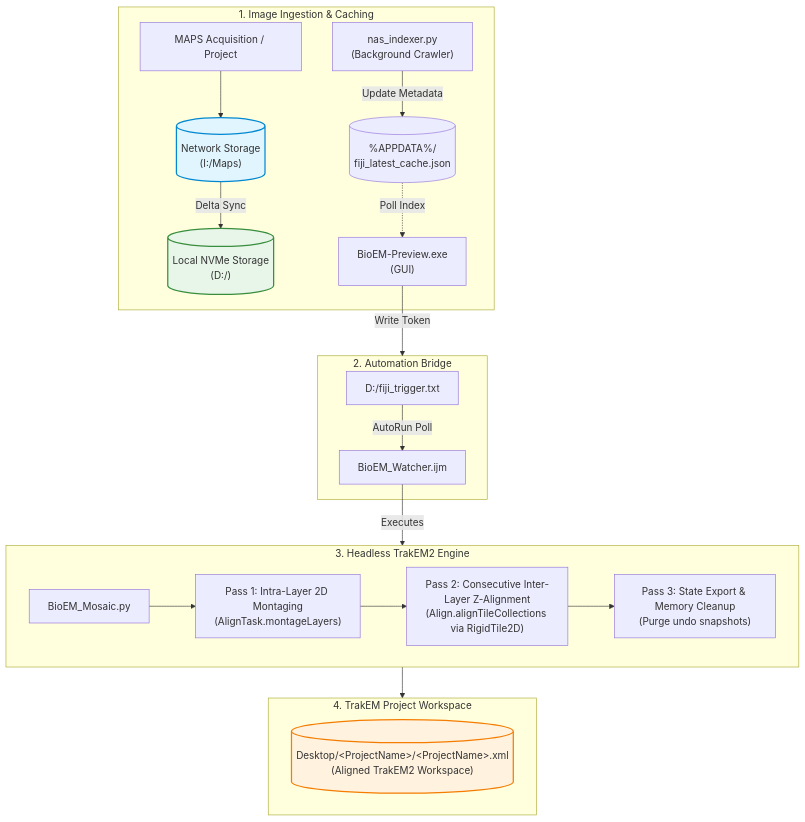
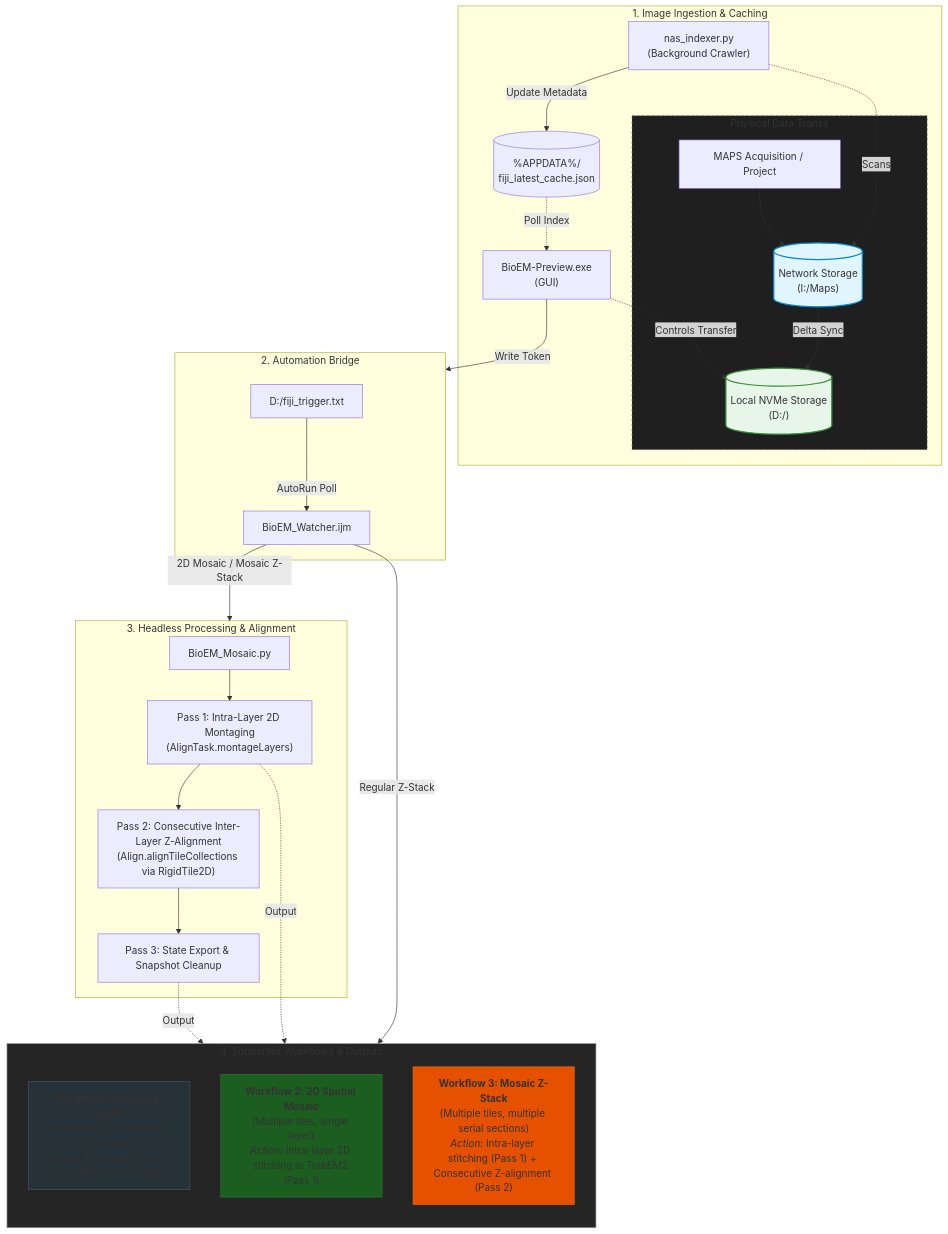
The diagram in README.md (leekslk/BioEM-Preview), drawn with Mermaid before and after one commit.

Commit message:
docs: final draft, correct markdown syntax and formating

````diff
--- a/README.md
+++ b/README.md
@@ -19,32 +19,54 @@
 ```mermaid
 flowchart TD
-    subgraph Storage [" 1. Image Ingestion & Caching "]
-        EM["MAPS Acquisition / Project"] --> NAS[("Network Storage<br/>(I:/Maps)")]
-        NAS -->|"Delta Sync"| SSD[("Local NVMe Storage<br/>(D:/)")]
+    subgraph Stage1 [" 1. Image Ingestion & Caching "]
+        %% Central Execution Spine
         Indexer["nas_indexer.py<br/>(Background Crawler)"] -->|"Update Metadata"| Cache[("%APPDATA%/<br/>fiji_latest_cache.json")]
         Cache -.->|"Poll Index"| UI["BioEM-Preview.exe<br/>(GUI)"]
+
+        %% Isolated Data Plane
+        subgraph DataPlane [" Physical Data Transit "]
+            EM["MAPS Acquisition / Project"] --> NAS[("Network Storage<br/>(I:/Maps)")]
+            NAS -->|"Delta Sync"| SSD[("Local NVMe Storage<br/>(D:/)")]
+        end
+
+        %% Connections between Control and Data planes
+        Indexer -.->|"Scans"| NAS
+        UI -.->|"Controls Transfer"| SSD
     end
 
     subgraph Automation [" 2. Automation Bridge "]
         Trig["D:/fiji_trigger.txt"] -->|"AutoRun Poll"| Watcher["BioEM_Watcher.ijm"]
     end
 
-    subgraph Processing [" 3. Headless TrakEM2 Engine "]
-        Script["BioEM_Mosaic.py"] --> P1["Pass 1: Intra-Layer 2D Montaging<br/>(AlignTask.montageLayers)"]
-        P1 --> P2["Pass 2: Consecutive Inter-Layer Z-Alignment<br/>(Align.alignTileCollections via RigidTile2D)"]
-        P2 --> P3["Pass 3: State Export & Memory Cleanup<br/>(Purge undo snapshots)"]
+    subgraph Processing [" 3. Headless Processing & Alignment "]
+        Script["BioEM_Mosaic.py"]
+        P1["Pass 1: Intra-Layer 2D Montaging<br/>(AlignTask.montageLayers)"]
+        P2["Pass 2: Consecutive Inter-Layer Z-Alignment<br/>(Align.alignTileCollections via RigidTile2D)"]
+        P3["Pass 3: State Export & Snapshot Cleanup"]
+
+        Script --> P1 --> P2 --> P3
     end
 
-    subgraph Output [" 4. TrakEM Project Workspace "]
-        XML[("Desktop/&lt;ProjectName&gt;/&lt;ProjectName&gt;.xml<br/>(Aligned TrakEM2 Workspace)")]
+    subgraph Stage4 [" 4. Supported Workflows & Outputs "]
+        direction TB
+        WF1["<b>Workflow 1: Regular Z-Stack</b><br/>(Single tile, multiple serial sections)<br/><i>Action:</i> Loads into Fiji as an inverted Virtual Stack"]
+        WF2["<b>Workflow 2: 2D Spatial Mosaic</b><br/>(Multiple tiles, single layer)<br/><i>Action:</i> Intra-layer 2D stitching in TrakEM2 (Pass 1)"]
+        WF3["<b>Workflow 3: Mosaic Z-Stack</b><br/>(Multiple tiles, multiple serial sections)<br/><i>Action:</i> Intra-layer stitching (Pass 1) + Consecutive Z-alignment (Pass 2)"]
     end
 
-    %% Inter-stage connections targeting the containers directly
+    %% Pipeline Stage Connections
     UI -->|"Write Token"| Automation
-    Watcher -->|"Executes"| Processing
-    Processing --> Output
+    Watcher -->|"Regular Z-Stack"| WF1
+    Watcher -->|"2D Mosaic / Mosaic Z-Stack"| Processing
+    P1 -.->|"Output"| WF2
+    P3 -.->|"Output"| WF3
 
+    %% Styling
     style NAS fill:#e1f5fe,stroke:#0288d1,stroke-width:2px
     style SSD fill:#e8f5e9,stroke:#388e3c,stroke-width:2px
-    style XML fill:#fff3e0,stroke:#f57c00,stroke-width:2px
+    style DataPlane fill:#1f1f1f,stroke:#666,stroke-dasharray: 4 4
+    style Stage4 fill:#252525,stroke:#999,stroke-width:1px
+    style WF1 fill:#263238,stroke:#455a64,stroke-width:1px
+    style WF2 fill:#1b5e20,stroke:#2e7d32,stroke-width:1px
+    style WF3 fill:#e65100,stroke:#ef6c00,stroke-width:1px
 ```
````
